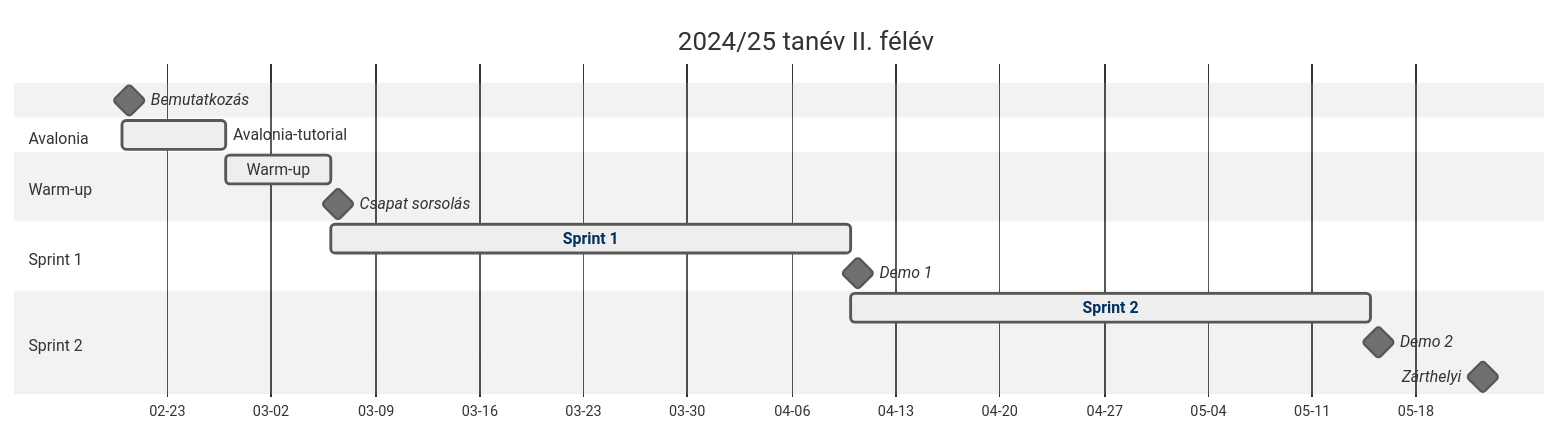
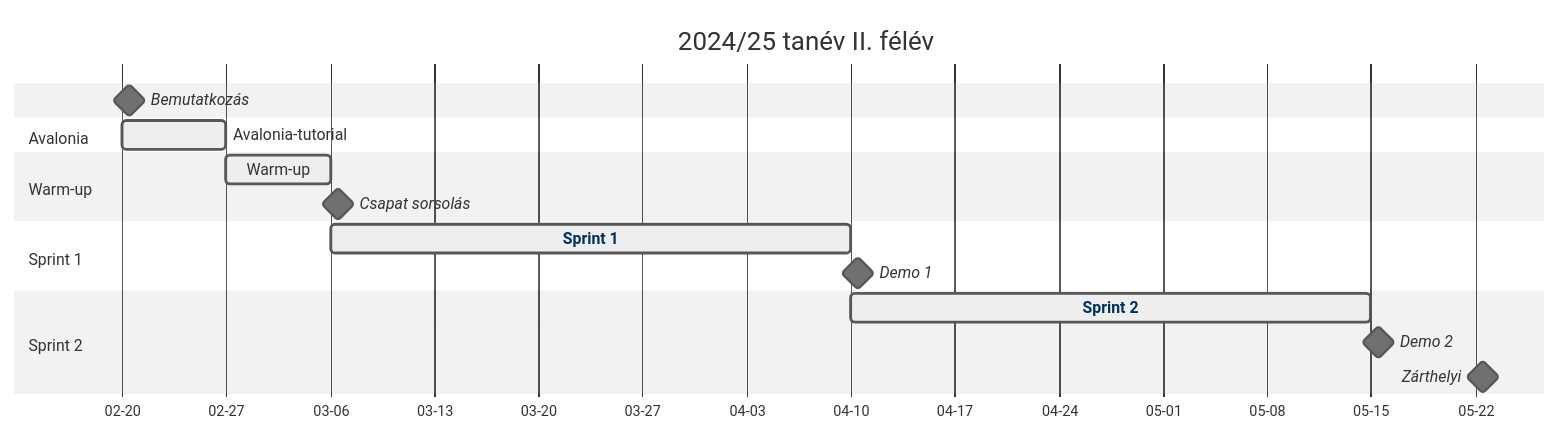
The diagram in src/schedule.md (SzFMV2025-Tavasz/handout), drawn with Mermaid (neutral theme) before and after one commit. The commit also changed other lines of this file, not shown here.

Commit message:
Update schedule Gantt diagram
Fixed?

```diff
--- a/src/schedule.md
+++ b/src/schedule.md
@@ -34,22 +33,23 @@
 <div class="mermaid">
- %%{init: { "gantt": { "startWeekOnDay": 4 } }}%%
     gantt
+    tickInterval 1week
+    weekday thursday
     dateFormat  YYYY-MM-DD
     axisFormat  %m-%d
     title 2024/25 tanév II. félév
     Bemutatkozás :milestone, 2025-02-20, 1d
     section Avalonia
         Avalonia-tutorial: active, avalonia-tutorial, 2025-02-20, 1w
     section Warm-up
         Warm-up :active, warmup, 2025-02-27, 1w
     Csapat sorsolás :milestone, after warmup, 1d
     section Sprint 1
         Sprint 1 :active, sprint1, after warmup, 5w
     Demo 1 :milestone, after sprint1, 1d
     section Sprint 2
         Sprint 2 :active, sprint2, after sprint1, 5w
     Demo 2 :milestone, after sprint2, 1d
     Zárthelyi :milestone, 2025-05-22, 1d
     click sprint1 href "./sprints/sprint_1.html"
     click sprint2 href "./sprints/sprint_2.html"
 </div>
```
